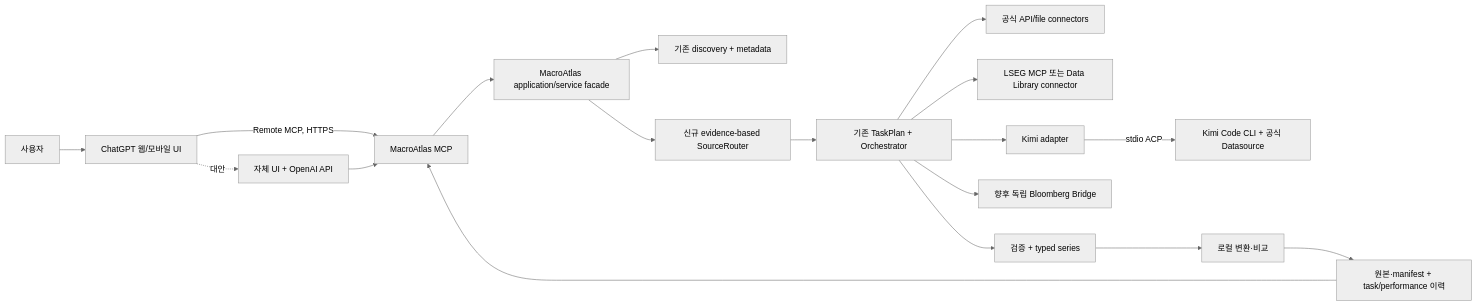
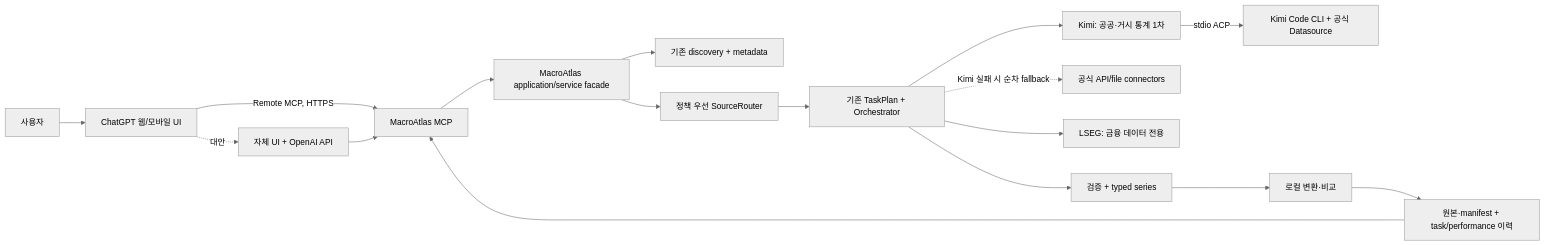
The diagram in docs/MACROATLAS_AI_DATA_ARCHITECTURE_PROPOSAL_2026-10-28.md (jaeu983-lang/MacroAtlas), drawn with Mermaid (neutral theme) before and after one commit. The commit also changed other lines of this file, not shown here.

Commit message:
docs: align routing with Kimi and LSEG policy

````diff
--- a/docs/MACROATLAS_AI_DATA_ARCHITECTURE_PROPOSAL_2026-10-28.md
+++ b/docs/MACROATLAS_AI_DATA_ARCHITECTURE_PROPOSAL_2026-10-28.md
@@ -54,20 +68,19 @@
 ```mermaid
 flowchart LR
     USER[사용자] --> UI[ChatGPT 웹/모바일 UI]
     UI -->|Remote MCP, HTTPS| MCP[MacroAtlas MCP]
     UI -. 대안 .-> APIUI[자체 UI + OpenAI API]
     APIUI --> MCP
     MCP --> FACADE[MacroAtlas application/service facade]
     FACADE --> DISC[기존 discovery + metadata]
-    FACADE --> ROUTER[신규 evidence-based SourceRouter]
+    FACADE --> ROUTER[정책 우선 SourceRouter]
     ROUTER --> ORCH[기존 TaskPlan + Orchestrator]
-    ORCH --> PUB[공식 API/file connectors]
-    ORCH --> LSEG[LSEG MCP 또는 Data Library connector]
-    ORCH --> KIMI[Kimi adapter]
+    ORCH --> KIMI[Kimi: 공공·거시 통계 1차]
+    ORCH -. Kimi 실패 시 순차 fallback .-> PUB[공식 API/file connectors]
+    ORCH --> LSEG[LSEG: 금융 데이터 전용]
     KIMI -->|stdio ACP| KCLI[Kimi Code CLI + 공식 Datasource]
-    ORCH --> BLOOM[향후 독립 Bloomberg Bridge]
     ORCH --> VALID[검증 + typed series]
     VALID --> PROC[로컬 변환·비교]
     PROC --> STORE[원본·manifest + task/performance 이력]
     STORE --> MCP
 ```
````
